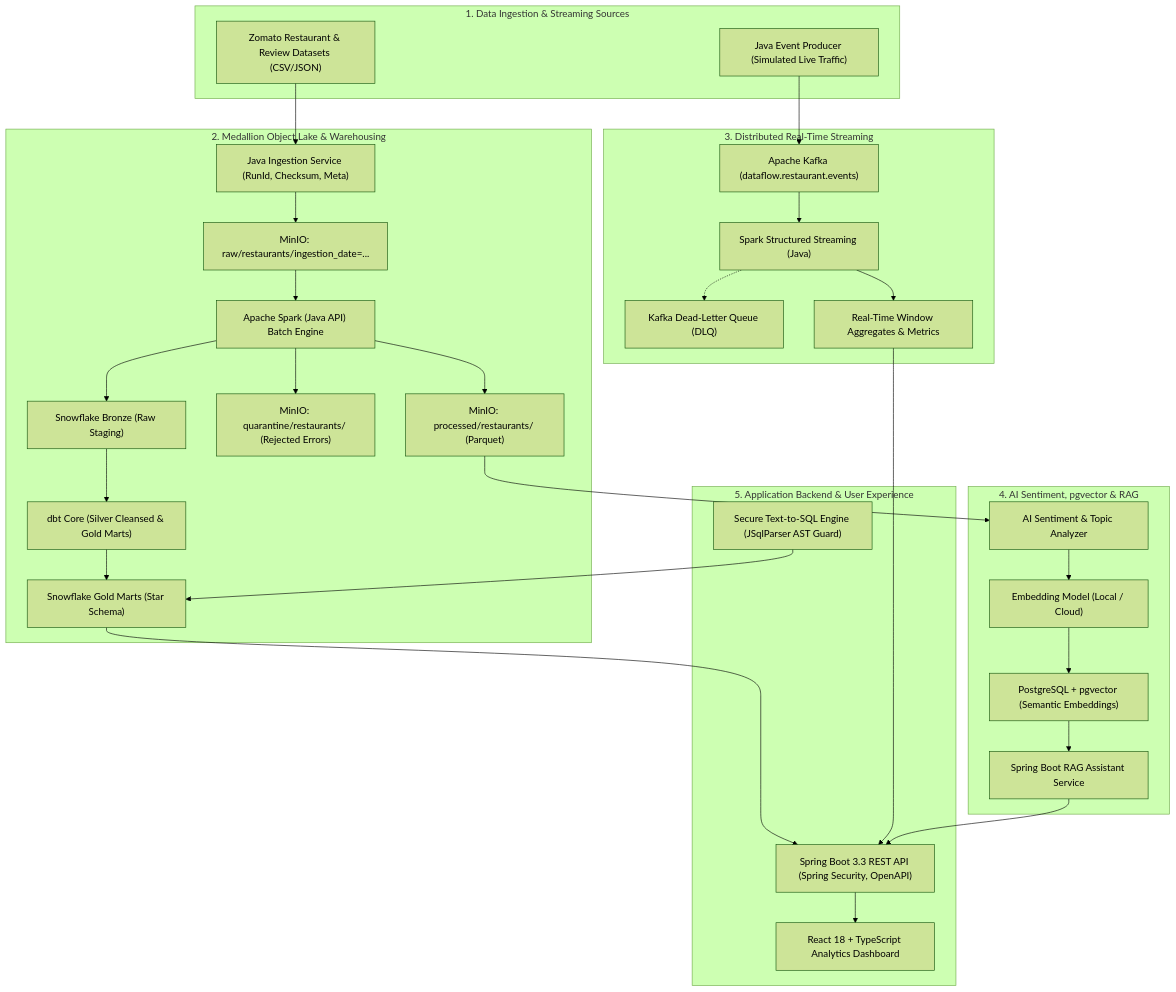
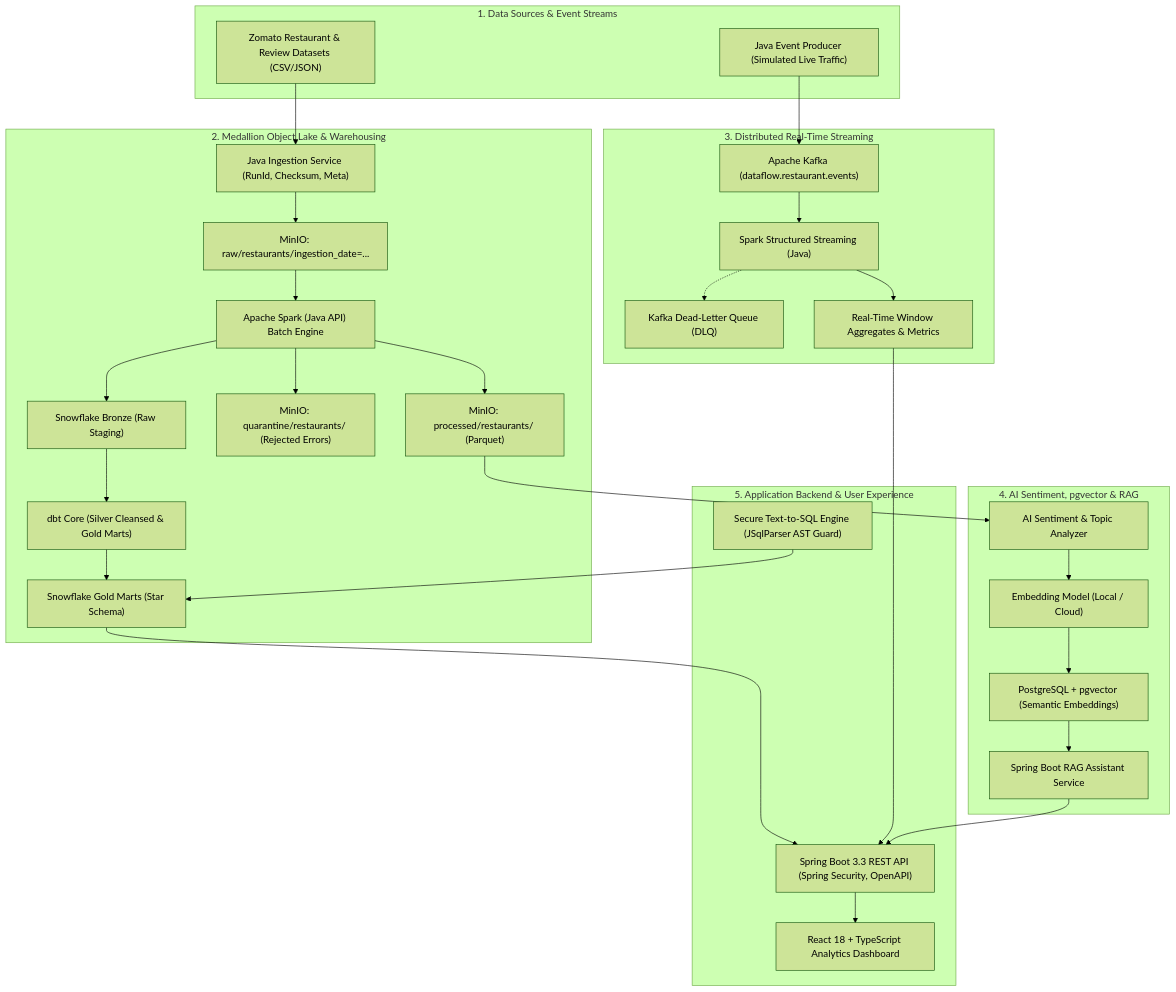
Before and after one commit to satyamk001-tech/realtime-data-pipeline: the diagram in README.md, drawn with Mermaid (forest theme). The commit also changed other lines of this file, not shown here.

Commit message:
docs: finalize comprehensive production-grade README with complete phase breakdown, architecture, and benchmarks

````diff
--- a/README.md
+++ b/README.md
@@ -48,64 +37,64 @@
 ```mermaid
 flowchart TD
-    subgraph Data_Sources["1. Data Ingestion & Streaming Sources"]
+    subgraph Data_Sources["1. Data Sources & Event Streams"]
         CSV["Zomato Restaurant & Review Datasets (CSV/JSON)"]
         Producer["Java Event Producer (Simulated Live Traffic)"]
     end
 
     subgraph Storage_Engine["2. Medallion Object Lake & Warehousing"]
         IngestionSvc["Java Ingestion Service (RunId, Checksum, Meta)"]
         MinIORaw["MinIO: raw/restaurants/ingestion_date=..."]
         SparkBatch["Apache Spark (Java API) Batch Engine"]
         MinIOProc["MinIO: processed/restaurants/ (Parquet)"]
         MinIOQuar["MinIO: quarantine/restaurants/ (Rejected Errors)"]
         SnowflakeBronze["Snowflake Bronze (Raw Staging)"]
         dbtModels["dbt Core (Silver Cleansed & Gold Marts)"]
         SnowflakeGold["Snowflake Gold Marts (Star Schema)"]
     end
 
     subgraph RealTime_Engine["3. Distributed Real-Time Streaming"]
         Kafka["Apache Kafka (dataflow.restaurant.events)"]
         SparkStreaming["Spark Structured Streaming (Java)"]
         KafkaDLQ["Kafka Dead-Letter Queue (DLQ)"]
         RealtimeSinks["Real-Time Window Aggregates & Metrics"]
     end
 
     subgraph AI_Engine["4. AI Sentiment, pgvector & RAG"]
         Sentiment["AI Sentiment & Topic Analyzer"]
         Embeddings["Embedding Model (Local / Cloud)"]
         PgVector["PostgreSQL + pgvector (Semantic Embeddings)"]
         RAGAssist["Spring Boot RAG Assistant Service"]
     end
 
     subgraph Backend_UI["5. Application Backend & User Experience"]
         SpringBoot["Spring Boot 3.3 REST API (Spring Security, OpenAPI)"]
         TextToSQL["Secure Text-to-SQL Engine (JSqlParser AST Guard)"]
         ReactUI["React 18 + TypeScript Analytics Dashboard"]
     end
 
     %% Flow Connections
     CSV --> IngestionSvc
     IngestionSvc --> MinIORaw
     MinIORaw --> SparkBatch
     SparkBatch --> MinIOProc
     SparkBatch --> MinIOQuar
     SparkBatch --> SnowflakeBronze
     SnowflakeBronze --> dbtModels
     dbtModels --> SnowflakeGold
 
     Producer --> Kafka
     Kafka --> SparkStreaming
     SparkStreaming --> RealtimeSinks
     SparkStreaming -.-> KafkaDLQ
 
     MinIOProc --> Sentiment
     Sentiment --> Embeddings
     Embeddings --> PgVector
     PgVector --> RAGAssist
 
     SnowflakeGold --> SpringBoot
     RealtimeSinks --> SpringBoot
     RAGAssist --> SpringBoot
     TextToSQL --> SnowflakeGold
     SpringBoot --> ReactUI
 ```
````
